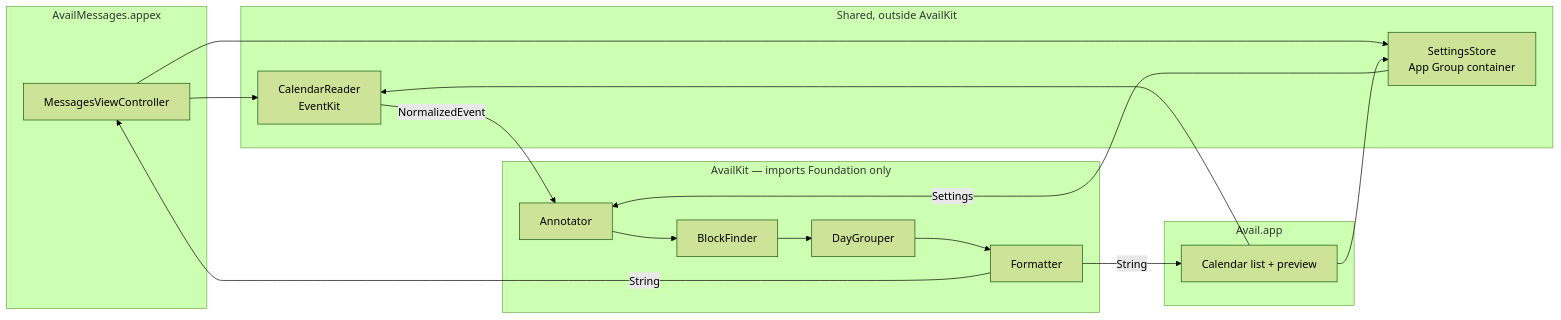
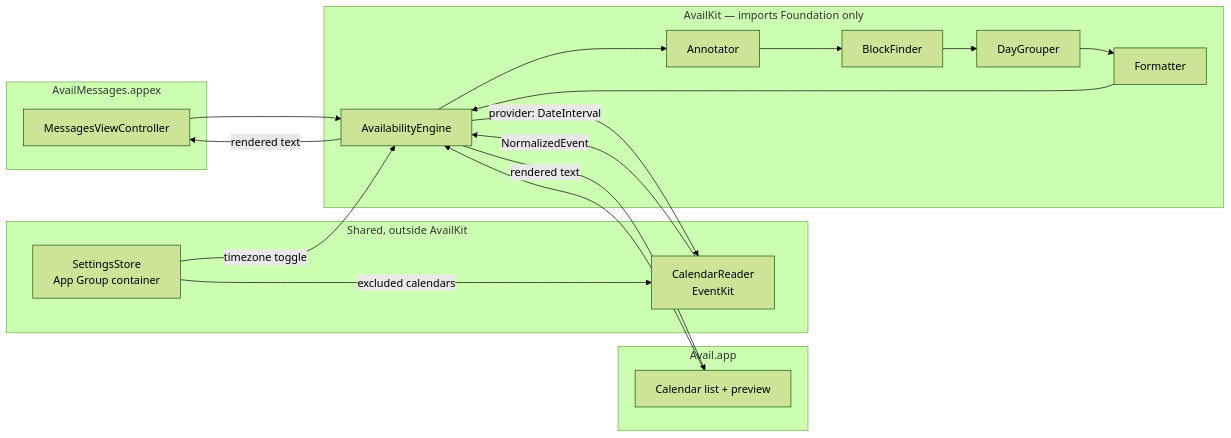
Before and after one commit to raineorshine/avail: the second of 3 diagrams in docs/plans/2026-09-20-1819-feat-mobile-availability-plan.md, drawn with Mermaid (forest theme). The commit also changed other lines of this file, not shown here.

First line of the commit message:
Refine the mobile availability plan against the repository

````diff
--- a/docs/plans/2026-09-20-1819-feat-mobile-availability-plan.md
+++ b/docs/plans/2026-09-20-1819-feat-mobile-availability-plan.md
@@ -251,24 +251,26 @@
 ```mermaid
 flowchart LR
   subgraph ext["AvailMessages.appex"]
     A[MessagesViewController]
   end
   subgraph app["Avail.app"]
     B[Calendar list + preview]
   end
   subgraph shared["Shared, outside AvailKit"]
     C[CalendarReader<br/>EventKit]
     D[SettingsStore<br/>App Group container]
   end
   subgraph kit["AvailKit — imports Foundation only"]
-    E[Annotator] --> F[BlockFinder] --> G[DayGrouper] --> H[Formatter]
+    I[AvailabilityEngine]
+    I --> E[Annotator] --> F[BlockFinder] --> G[DayGrouper] --> H[Formatter]
+    H --> I
   end
-  A --> C
-  B --> C
-  A --> D
-  B --> D
-  C -->|NormalizedEvent| E
-  D -->|Settings| E
-  H -->|String| A
-  H -->|String| B
+  A --> I
+  B --> I
+  D -->|excluded calendars| C
+  D -->|timezone toggle| I
+  I -->|provider: DateInterval| C
+  C -->|NormalizedEvent| I
+  I -->|rendered text| A
+  I -->|rendered text| B
 ```
````
